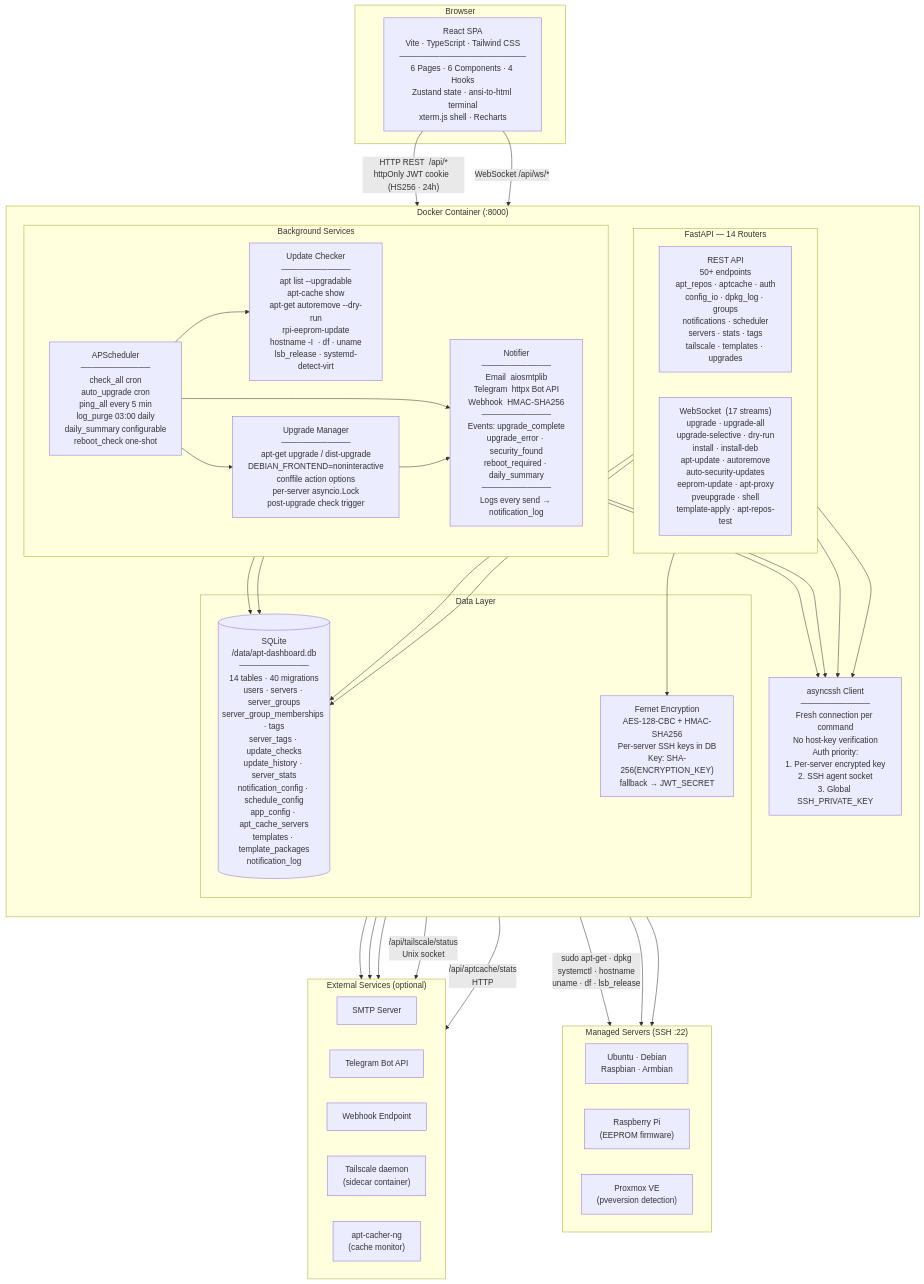
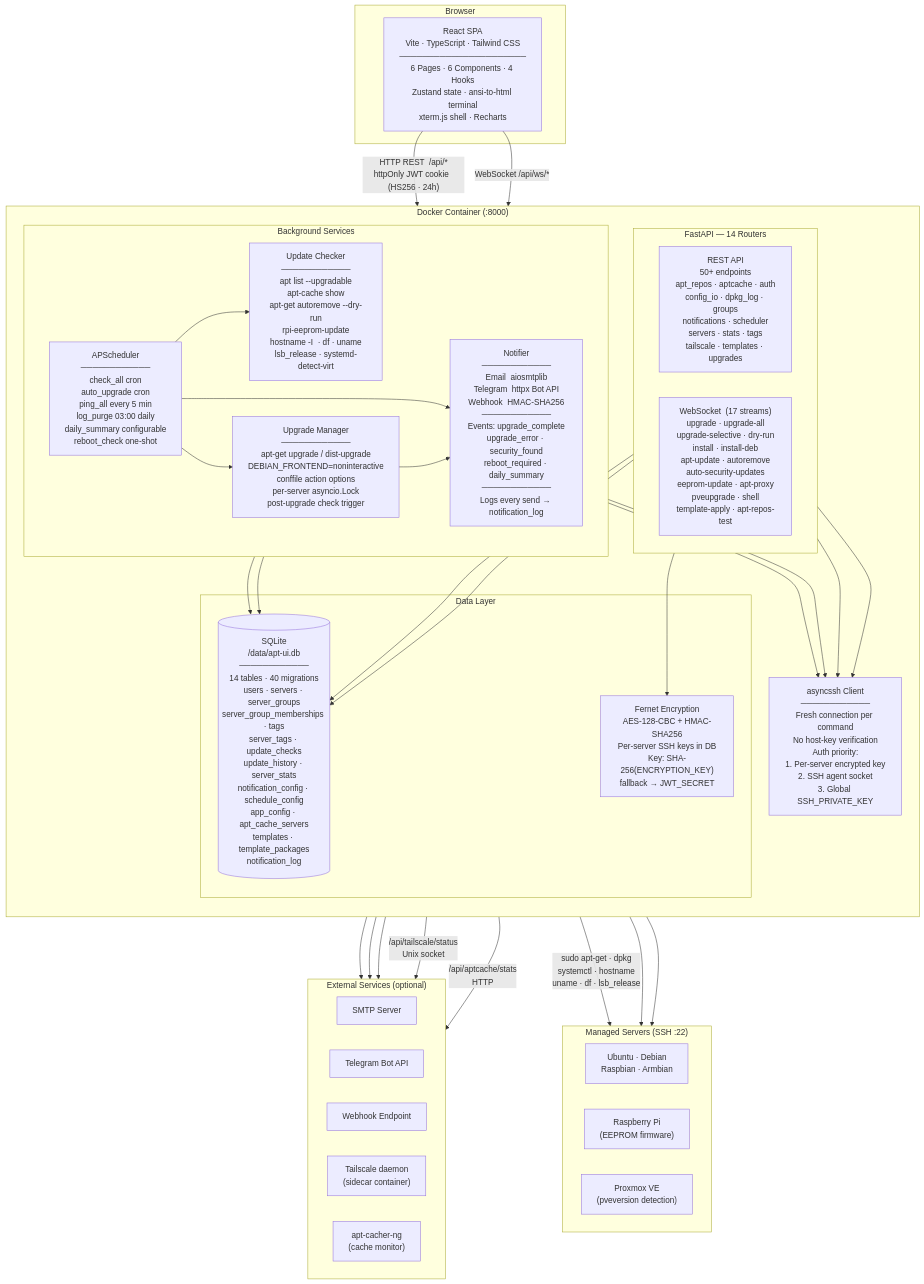
The first of 2 diagrams in ARCHITECTURE.md (mzac/apt-ui), drawn with Mermaid before and after one commit. The commit also changed other lines of this file and 15 other files, not shown here.

First line of the commit message:
refactor: complete apt-dashboard → apt-ui rename

````diff
--- a/ARCHITECTURE.md
+++ b/ARCHITECTURE.md
@@ -11,71 +11,71 @@
 ```mermaid
 graph TB
     subgraph browser["Browser"]
         SPA["React SPA\nVite · TypeScript · Tailwind CSS\n──────────────────────\n6 Pages · 6 Components · 4 Hooks\nZustand state · ansi-to-html terminal\nxterm.js shell · Recharts"]
     end
 
     subgraph container["Docker Container  (:8000)"]
         direction TB
 
         subgraph api_layer["FastAPI  —  14 Routers"]
             direction LR
             REST["REST API\n50+ endpoints\napt_repos · aptcache · auth\nconfig_io · dpkg_log · groups\nnotifications · scheduler\nservers · stats · tags\ntailscale · templates · upgrades"]
             WS["WebSocket  (17 streams)\nupgrade · upgrade-all\nupgrade-selective · dry-run\ninstall · install-deb\napt-update · autoremove\nauto-security-updates\neeprom-update · apt-proxy\npveupgrade · shell\ntemplate-apply · apt-repos-test"]
         end
 
         subgraph background["Background Services"]
             direction LR
             SCHED["APScheduler\n────────────\ncheck_all  cron\nauto_upgrade  cron\nping_all  every 5 min\nlog_purge  03:00 daily\ndaily_summary  configurable\nreboot_check  one-shot"]
             CHECKER["Update Checker\n────────────\napt list --upgradable\napt-cache show\napt-get autoremove --dry-run\nrpi-eeprom-update\nhostname -I  · df · uname\nlsb_release · systemd-detect-virt"]
             UPGRADER["Upgrade Manager\n────────────\napt-get upgrade / dist-upgrade\nDEBIAN_FRONTEND=noninteractive\nconffile action options\nper-server asyncio.Lock\npost-upgrade check trigger"]
             NOTIFIER["Notifier\n────────────\nEmail  aiosmtplib\nTelegram  httpx Bot API\nWebhook  HMAC-SHA256\n────────────\nEvents: upgrade_complete\nupgrade_error · security_found\nreboot_required · daily_summary\n────────────\nLogs every send → notification_log"]
         end
 
         subgraph data_layer["Data Layer"]
-            DB[("SQLite\n/data/apt-dashboard.db\n────────────\n14 tables · 40 migrations\nusers · servers · server_groups\nserver_group_memberships · tags\nserver_tags · update_checks\nupdate_history · server_stats\nnotification_config · schedule_config\napp_config · apt_cache_servers\ntemplates · template_packages\nnotification_log")]
+            DB[("SQLite\n/data/apt-ui.db\n────────────\n14 tables · 40 migrations\nusers · servers · server_groups\nserver_group_memberships · tags\nserver_tags · update_checks\nupdate_history · server_stats\nnotification_config · schedule_config\napp_config · apt_cache_servers\ntemplates · template_packages\nnotification_log")]
             CRYPTO["Fernet Encryption\nAES-128-CBC + HMAC-SHA256\nPer-server SSH keys in DB\nKey: SHA-256(ENCRYPTION_KEY)\nfallback → JWT_SECRET"]
         end
 
         SSH_CLIENT["asyncssh Client\n────────────\nFresh connection per command\nNo host-key verification\nAuth priority:\n1. Per-server encrypted key\n2. SSH agent socket\n3. Global SSH_PRIVATE_KEY"]
     end
 
     subgraph managed["Managed Servers  (SSH :22)"]
         direction LR
         LINUX["Ubuntu · Debian\nRaspbian · Armbian"]
         PI["Raspberry Pi\n(EEPROM firmware)"]
         PVE["Proxmox VE\n(pveversion detection)"]
     end
 
     subgraph external["External Services  (optional)"]
         direction LR
         SMTP["SMTP Server"]
         TG["Telegram Bot API"]
         HOOK["Webhook Endpoint"]
         TS["Tailscale daemon\n(sidecar container)"]
         APTCACHE["apt-cacher-ng\n(cache monitor)"]
     end
 
     SPA -- "HTTP REST  /api/*\nhttpOnly JWT cookie  (HS256 · 24h)" --> REST
     SPA -- "WebSocket  /api/ws/*" --> WS
     REST --> DB
     REST --> CRYPTO
     REST --> SSH_CLIENT
     WS --> DB
     WS --> SSH_CLIENT
     SCHED --> CHECKER
     SCHED --> UPGRADER
     SCHED --> NOTIFIER
     UPGRADER --> NOTIFIER
     CHECKER --> SSH_CLIENT
     UPGRADER --> SSH_CLIENT
     CHECKER --> DB
     UPGRADER --> DB
     NOTIFIER --> SMTP
     NOTIFIER --> TG
     NOTIFIER --> HOOK
     REST -- "/api/tailscale/status\nUnix socket" --> TS
     REST -- "/api/aptcache/stats\nHTTP" --> APTCACHE
     SSH_CLIENT -- "sudo apt-get · dpkg\nsystemctl · hostname\nuname · df · lsb_release" --> LINUX
     SSH_CLIENT --> PI
     SSH_CLIENT --> PVE
 ```
````
